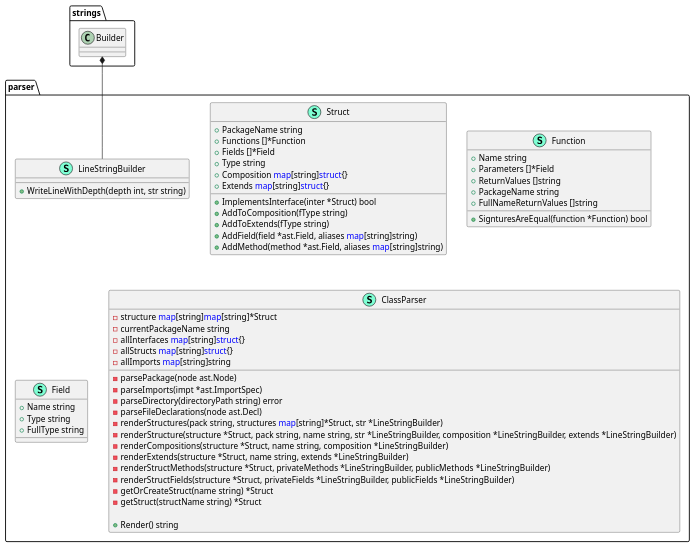
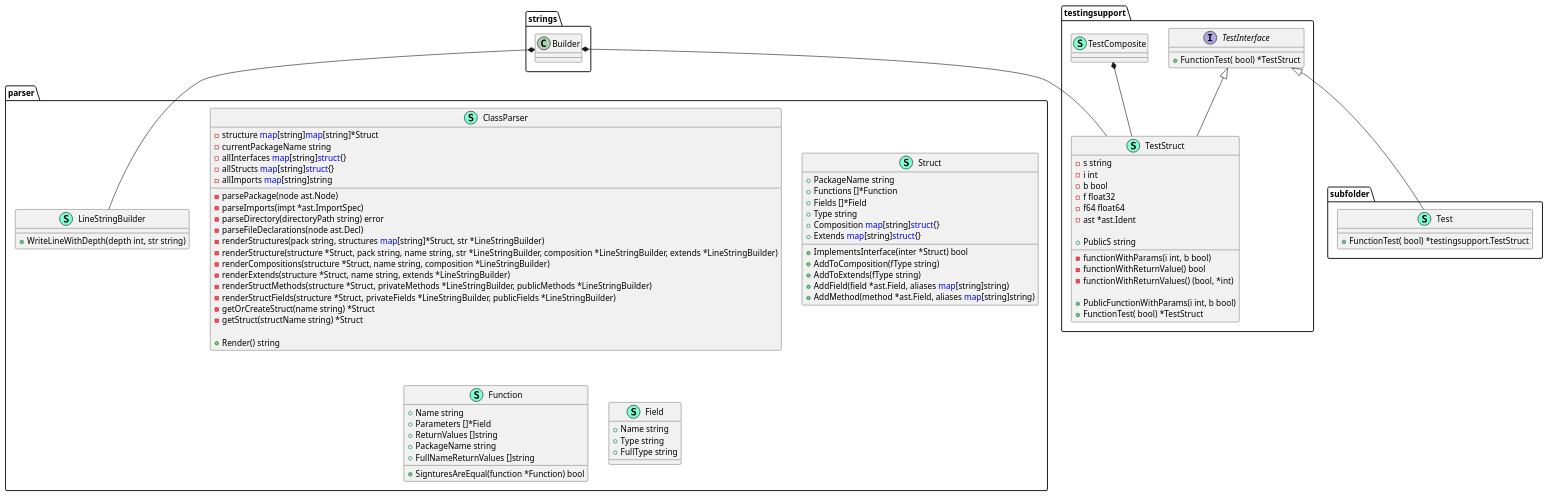
Before and after one commit to thgoexpt/PlantUML-Class-Diagram-Generator-for-golang-projects: the diagram in ClassDiagram.puml, drawn with PlantUML. The commit also changed 2 other files, not shown here.

```diff
--- a/ClassDiagram.puml
+++ b/ClassDiagram.puml
@@ -1,65 +1,105 @@
 @startuml
 namespace parser {
+    class LineStringBuilder << (S,Aquamarine) >> {
+        + WriteLineWithDepth(depth int, str string) 
+
+    }
+    class ClassParser << (S,Aquamarine) >> {
+        - structure <font color=blue>map</font>[string]<font color=blue>map</font>[string]*Struct
+        - currentPackageName string
+        - allInterfaces <font color=blue>map</font>[string]<font color=blue>struct</font>{}
+        - allStructs <font color=blue>map</font>[string]<font color=blue>struct</font>{}
+        - allImports <font color=blue>map</font>[string]string
+
+        - parsePackage(node ast.Node) 
+        - parseImports(impt *ast.ImportSpec) 
+        - parseDirectory(directoryPath string) error
+        - parseFileDeclarations(node ast.Decl) 
+        - renderStructures(pack string, structures <font color=blue>map</font>[string]*Struct, str *LineStringBuilder) 
+        - renderStructure(structure *Struct, pack string, name string, str *LineStringBuilder, composition *LineStringBuilder, extends *LineStringBuilder) 
+        - renderCompositions(structure *Struct, name string, composition *LineStringBuilder) 
+        - renderExtends(structure *Struct, name string, extends *LineStringBuilder) 
+        - renderStructMethods(structure *Struct, privateMethods *LineStringBuilder, publicMethods *LineStringBuilder) 
+        - renderStructFields(structure *Struct, privateFields *LineStringBuilder, publicFields *LineStringBuilder) 
+        - getOrCreateStruct(name string) *Struct
+        - getStruct(structName string) *Struct
+
+        + Render() string
+
+    }
     class Struct << (S,Aquamarine) >> {
         + PackageName string
         + Functions []*Function
         + Fields []*Field
         + Type string
         + Composition <font color=blue>map</font>[string]<font color=blue>struct</font>{}
         + Extends <font color=blue>map</font>[string]<font color=blue>struct</font>{}
 
         + ImplementsInterface(inter *Struct) bool
         + AddToComposition(fType string) 
         + AddToExtends(fType string) 
         + AddField(field *ast.Field, aliases <font color=blue>map</font>[string]string) 
         + AddMethod(method *ast.Field, aliases <font color=blue>map</font>[string]string) 
 
     }
     class Function << (S,Aquamarine) >> {
         + Name string
         + Parameters []*Field
         + ReturnValues []string
         + PackageName string
         + FullNameReturnValues []string
 
         + SignturesAreEqual(function *Function) bool
 
     }
     class Field << (S,Aquamarine) >> {
         + Name string
         + Type string
         + FullType string
 
     }
-    class LineStringBuilder << (S,Aquamarine) >> {
-        + WriteLineWithDepth(depth int, str string) 
-
-    }
-    class ClassParser << (S,Aquamarine) >> {
-        - structure <font color=blue>map</font>[string]<font color=blue>map</font>[string]*Struct
-        - currentPackageName string
-        - allInterfaces <font color=blue>map</font>[string]<font color=blue>struct</font>{}
-        - allStructs <font color=blue>map</font>[string]<font color=blue>struct</font>{}
-        - allImports <font color=blue>map</font>[string]string
-
-        - parsePackage(node ast.Node) 
-        - parseImports(impt *ast.ImportSpec) 
-        - parseDirectory(directoryPath string) error
-        - parseFileDeclarations(node ast.Decl) 
-        - renderStructures(pack string, structures <font color=blue>map</font>[string]*Struct, str *LineStringBuilder) 
-        - renderStructure(structure *Struct, pack string, name string, str *LineStringBuilder, composition *LineStringBuilder, extends *LineStringBuilder) 
-        - renderCompositions(structure *Struct, name string, composition *LineStringBuilder) 
-        - renderExtends(structure *Struct, name string, extends *LineStringBuilder) 
-        - renderStructMethods(structure *Struct, privateMethods *LineStringBuilder, publicMethods *LineStringBuilder) 
-        - renderStructFields(structure *Struct, privateFields *LineStringBuilder, publicFields *LineStringBuilder) 
-        - getOrCreateStruct(name string) *Struct
-        - getStruct(structName string) *Struct
-
-        + Render() string
-
-    }
 }
 strings.Builder *-- parser.LineStringBuilder
 
 
+namespace testingsupport {
+    interface TestInterface  {
+        + FunctionTest( bool) *TestStruct
+
+    }
+    class TestStruct << (S,Aquamarine) >> {
+        - s string
+        - i int
+        - b bool
+        - f float32
+        - f64 float64
+        - ast *ast.Ident
+
+        + PublicS string
+
+        - functionWithParams(i int, b bool) 
+        - functionWithReturnValue() bool
+        - functionWithReturnValues() (bool, *int)
+
+        + PublicFunctionWithParams(i int, b bool) 
+        + FunctionTest( bool) *TestStruct
+
+    }
+    class TestComposite << (S,Aquamarine) >> {
+    }
+}
+testingsupport.TestComposite *-- testingsupport.TestStruct
+strings.Builder *-- testingsupport.TestStruct
+
+testingsupport.TestInterface <|-- testingsupport.TestStruct
+
+namespace subfolder {
+    class Test << (S,Aquamarine) >> {
+        + FunctionTest( bool) *testingsupport.TestStruct
+
+    }
+}
+
+testingsupport.TestInterface <|-- subfolder.Test
+
 @enduml
```
